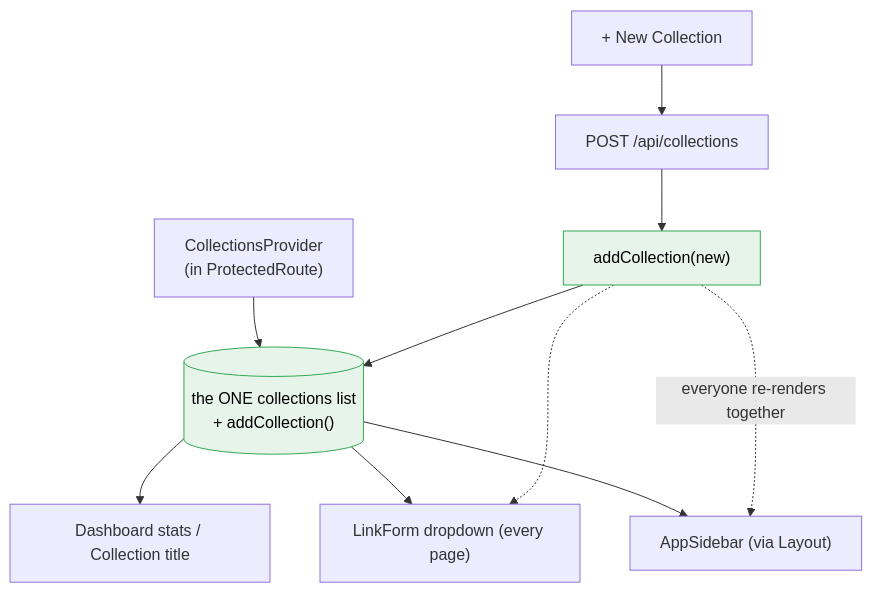
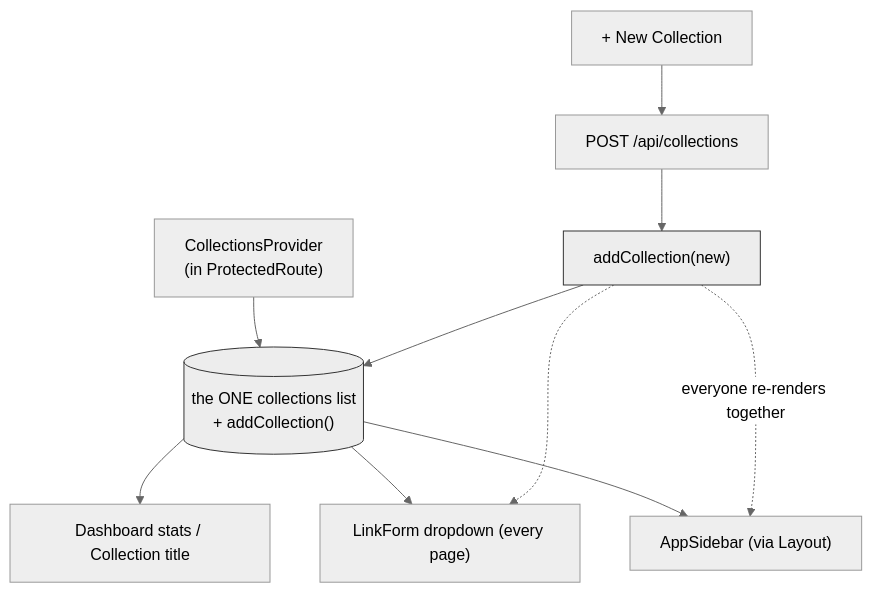
One commit to n10nce/project changed the ninth of 23 diagrams in docs/ARCHITECTURE.md. Above: the diagram before and after it, drawn with Mermaid. The commit also changed other lines of this file and 24 other files, not shown here.

````diff
--- a/docs/ARCHITECTURE.md
+++ b/docs/ARCHITECTURE.md
@@ -352,18 +360,19 @@
 ```mermaid
+%%{init: {'theme':'neutral'}}%%
 flowchart TD
     Prov["CollectionsProvider<br/>(in ProtectedRoute)"] --> One[("the ONE collections list<br/>+ addCollection()")]
 
     One --> SB["AppSidebar (via Layout)"]
     One --> LF["LinkForm dropdown (every page)"]
     One --> Stats["Dashboard stats / Collection title"]
 
     NewBtn["+ New Collection"] --> Create["POST /api/collections"]
     Create --> Add["addCollection(new)"]
     Add --> One
 
     Add -.->|"everyone re-renders together"| SB
     Add -.->|" "| LF
 
-    style One fill:#e6f4ea,stroke:#34a853,color:#000
-    style Add fill:#e6f4ea,stroke:#34a853,color:#000
+    style One fill:#ededed,stroke:#333333,color:#000
+    style Add fill:#ededed,stroke:#333333,color:#000
 ```
````
